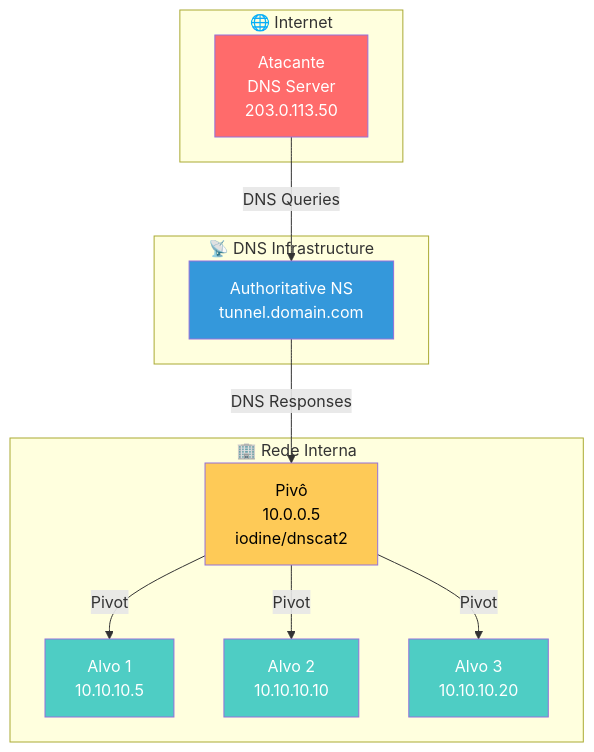
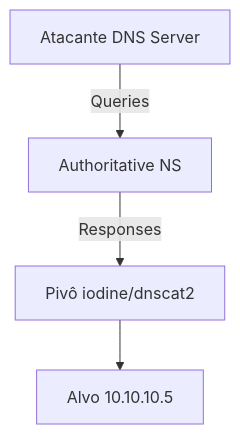
Before and after one commit to Guilherme-alexander/CyberSecurity: diagram 15 of 20 in RedTeam/Guia_Pivoting/pivoting.md, drawn with Mermaid. The commit also changed other lines of this file, not shown here.

````diff
--- a/RedTeam/Guia_Pivoting/pivoting.md
+++ b/RedTeam/Guia_Pivoting/pivoting.md
@@ -608,30 +281,6 @@
 ```mermaid
-flowchart TB
-    subgraph EXTERNO["🌐 Internet"]
-        ATK[Atacante<br/>DNS Server<br/>203.0.113.50]
-    end
-    
-    subgraph DNS["📡 DNS Infrastructure"]
-        NS[Authoritative NS<br/>tunnel.domain.com]
-    end
-    
-    subgraph INTERNA["🏢 Rede Interna"]
-        PIVO[Pivô<br/>10.0.0.5<br/>iodine/dnscat2]
-        ALVO1[Alvo 1<br/>10.10.10.5]
-        ALVO2[Alvo 2<br/>10.10.10.10]
-        ALVO3[Alvo 3<br/>10.10.10.20]
-    end
-    
-    ATK -->|DNS Queries| NS
-    NS -->|DNS Responses| PIVO
-    PIVO -->|Pivot| ALVO1
-    PIVO -->|Pivot| ALVO2
-    PIVO -->|Pivot| ALVO3
-    
-    style ATK fill:#ff6b6b,color:#fff
-    style NS fill:#3498db,color:#fff
-    style PIVO fill:#feca57,color:#000
-    style ALVO1 fill:#4ecdc4,color:#fff
-    style ALVO2 fill:#4ecdc4,color:#fff
-    style ALVO3 fill:#4ecdc4,color:#fff
+graph TD
+    ATK[Atacante DNS Server] -->|Queries| NS[Authoritative NS]
+    NS -->|Responses| PIVO[Pivô iodine/dnscat2]
+    PIVO --> ALVO[Alvo 10.10.10.5]
 ```
````
